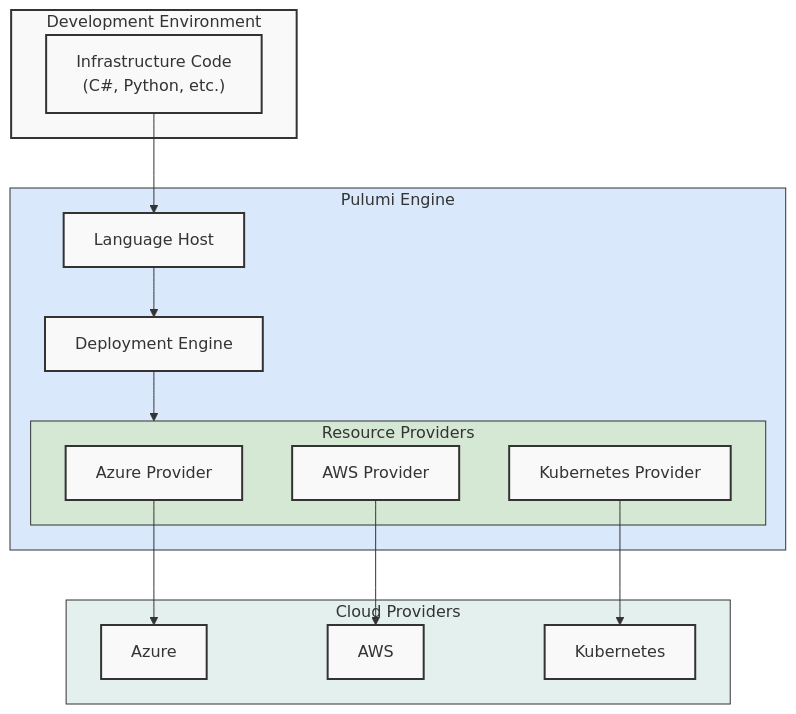
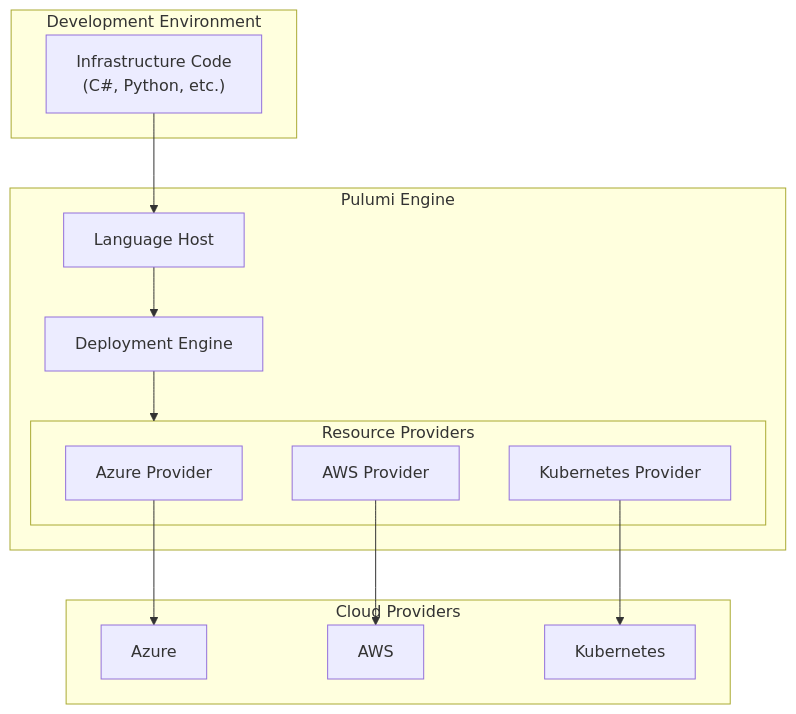
One commit to voioo/iac-pulumi-seminar changed the third of 4 diagrams in pages/section-3.md. Above: the diagram before and after it, drawn with Mermaid. The commit also changed other lines of this file and 6 other files, not shown here.

````diff
--- a/pages/section-3.md
+++ b/pages/section-3.md
@@ -540,42 +523,32 @@
 ```mermaid
 flowchart TB
     subgraph IDE ["Development Environment"]
         Code["Infrastructure Code 
         (C#, Python, etc.)"]
     end
 
     subgraph Pulumi ["Pulumi Engine"]
         LH["Language Host"]
         DE["Deployment Engine"]
         
         subgraph Providers ["Resource Providers"]
             Azure["Azure Provider"]
             AWS["AWS Provider"]
             K8s["Kubernetes Provider"]
         end
         
         LH --> DE
         DE --> Providers
     end
 
     subgraph Cloud ["Cloud Providers"]
         AzureCloud["Azure"]
         AWSCloud["AWS"]
         K8sCloud["Kubernetes"]
     end
 
     Code --> LH
     Azure --> AzureCloud
     AWS --> AWSCloud
     K8s --> K8sCloud
-
-    classDef default fill:#f9f9f9,stroke:#333,stroke-width:2px;
-    classDef cloud fill:#e4f0ee,stroke:#333;
-    classDef engine fill:#dae8fc,stroke:#333;
-    classDef providers fill:#d5e8d4,stroke:#333;
-    
-    class IDE default;
-    class Cloud cloud;
-    class Pulumi engine;
-    class Providers providers;
 ```
````
